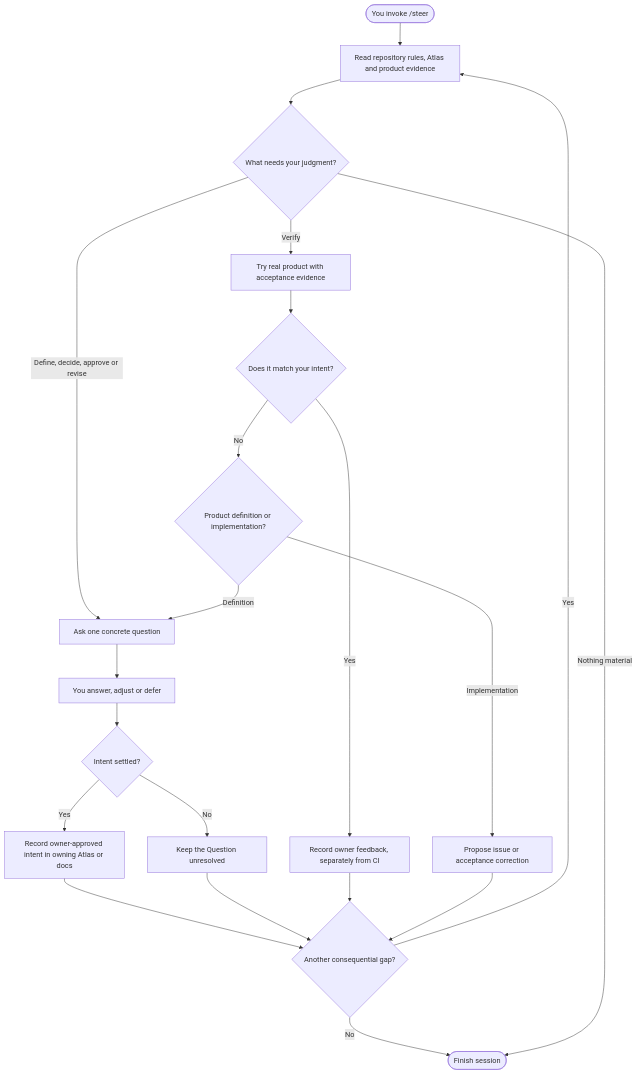
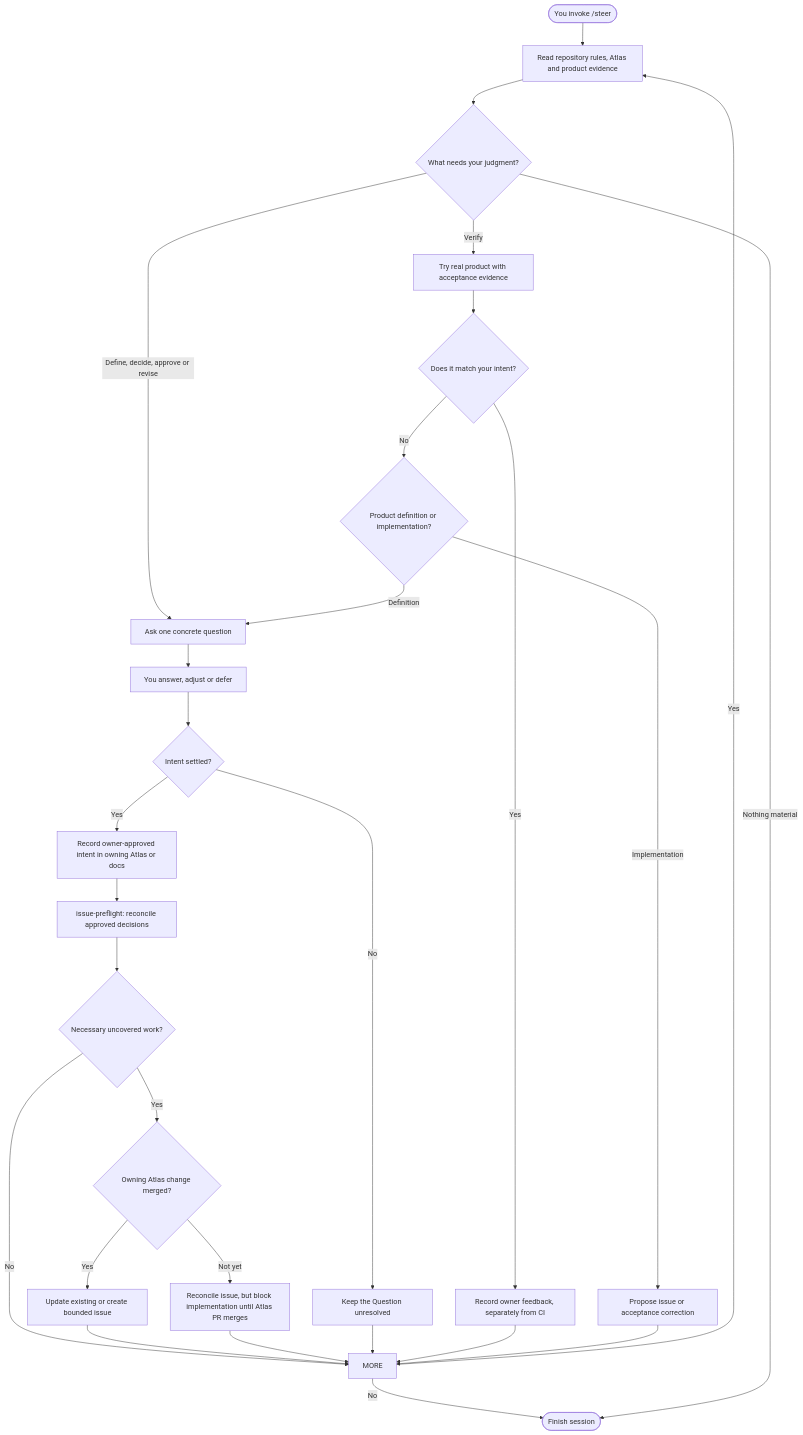
Before and after one commit to moritzbrantner/dotfiles: the first of 4 diagrams in docs/human-steering-flowcharts.md, drawn with Mermaid. The commit also changed other lines of this file, not shown here.

Commit message:
docs: show automatic issue reconciliation and separate execution in steering flowcharts

````diff
--- a/docs/human-steering-flowcharts.md
+++ b/docs/human-steering-flowcharts.md
@@ -14,23 +14,30 @@
 ```mermaid
 flowchart TD
     S(["You invoke /steer"]) --> READ["Read repository rules, Atlas and product evidence"]
     READ --> ACTION{"What needs your judgment?"}
     ACTION -->|Define, decide, approve or revise| ASK["Ask one concrete question"]
     ASK --> ANSWER["You answer, adjust or defer"]
     ANSWER --> RESOLVED{"Intent settled?"}
     RESOLVED -->|Yes| PERSIST["Record owner-approved intent in owning Atlas or docs"]
     RESOLVED -->|No| QUESTION["Keep the Question unresolved"]
     ACTION -->|Verify| DEMO["Try real product with acceptance evidence"]
     DEMO --> MATCH{"Does it match your intent?"}
     MATCH -->|Yes| FEEDBACK["Record owner feedback, separately from CI"]
     MATCH -->|No| CAUSE{"Product definition or implementation?"}
     CAUSE -->|Definition| ASK
     CAUSE -->|Implementation| PROPOSE["Propose issue or acceptance correction"]
-    PERSIST --> MORE{"Another consequential gap?"}
+    PERSIST --> PREF["issue-preflight: reconcile approved decisions"]
+    PREF --> NEEDED{"Necessary uncovered work?"}
+    NEEDED -->|No| MORE
+    NEEDED -->|Yes| MERGED{"Owning Atlas change merged?"}
+    MERGED -->|Yes| ISSUE["Update existing or create bounded issue"]
+    MERGED -->|Not yet| PENDING["Reconcile issue, but block implementation until Atlas PR merges"]
+    ISSUE --> MORE
+    PENDING --> MORE
     QUESTION --> MORE
     FEEDBACK --> MORE
     PROPOSE --> MORE
     MORE -->|Yes| READ
     MORE -->|No| DONE(["Finish session"])
     ACTION -->|Nothing material| DONE
 ```
````
